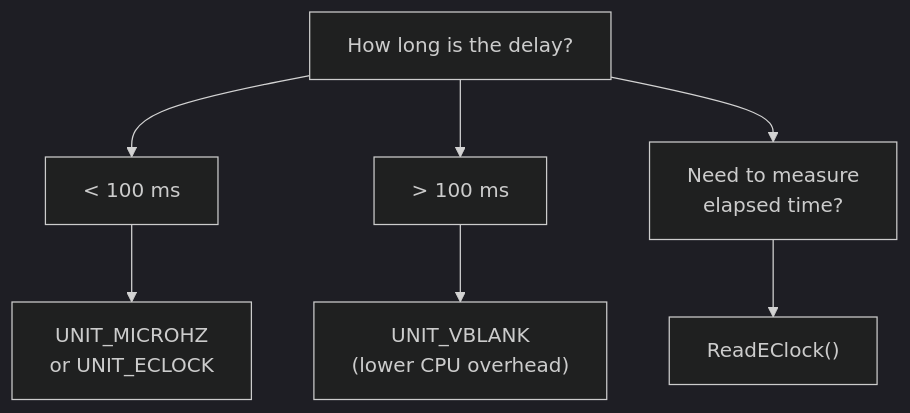
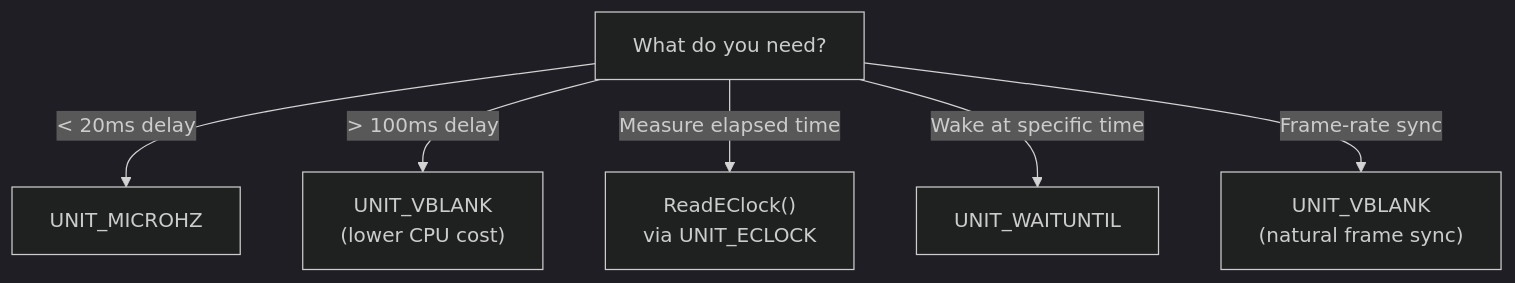
Before and after one commit to alfishe/amiga-bootcamp: the second of 2 diagrams in 10_devices/timer.md, drawn with Mermaid (dark theme). The commit also changed other lines of this file and 37 other files, not shown here.

First line of the commit message:
Expand documentation suite: 30+ articles enriched with diagrams, code examples, and hardware details

````diff
--- a/10_devices/timer.md
+++ b/10_devices/timer.md
@@ -23,9 +96,8 @@
 ```mermaid
 flowchart TD
-    Q["How long is the delay?"] --> SHORT["< 100 ms"]
-    Q --> LONG["> 100 ms"]
-    SHORT --> MICRO["UNIT_MICROHZ<br/>or UNIT_ECLOCK"]
-    LONG --> VBLANK["UNIT_VBLANK<br/>(lower CPU overhead)"]
-    Q --> MEASURE["Need to measure<br/>elapsed time?"]
-    MEASURE --> ECLOCK["ReadEClock()"]
+    Q["What do you need?"] --> |"< 20ms delay"| MICRO["UNIT_MICROHZ"]
+    Q --> |"> 100ms delay"| VBLANK["UNIT_VBLANK<br/>(lower CPU cost)"]
+    Q --> |"Measure elapsed time"| ECLOCK["ReadEClock()<br/>via UNIT_ECLOCK"]
+    Q --> |"Wake at specific time"| WAITUNTIL["UNIT_WAITUNTIL"]
+    Q --> |"Frame-rate sync"| VBLANK2["UNIT_VBLANK<br/>(natural frame sync)"]
 ```
````
